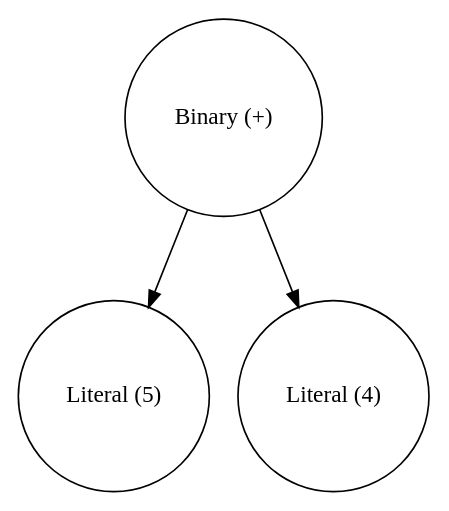
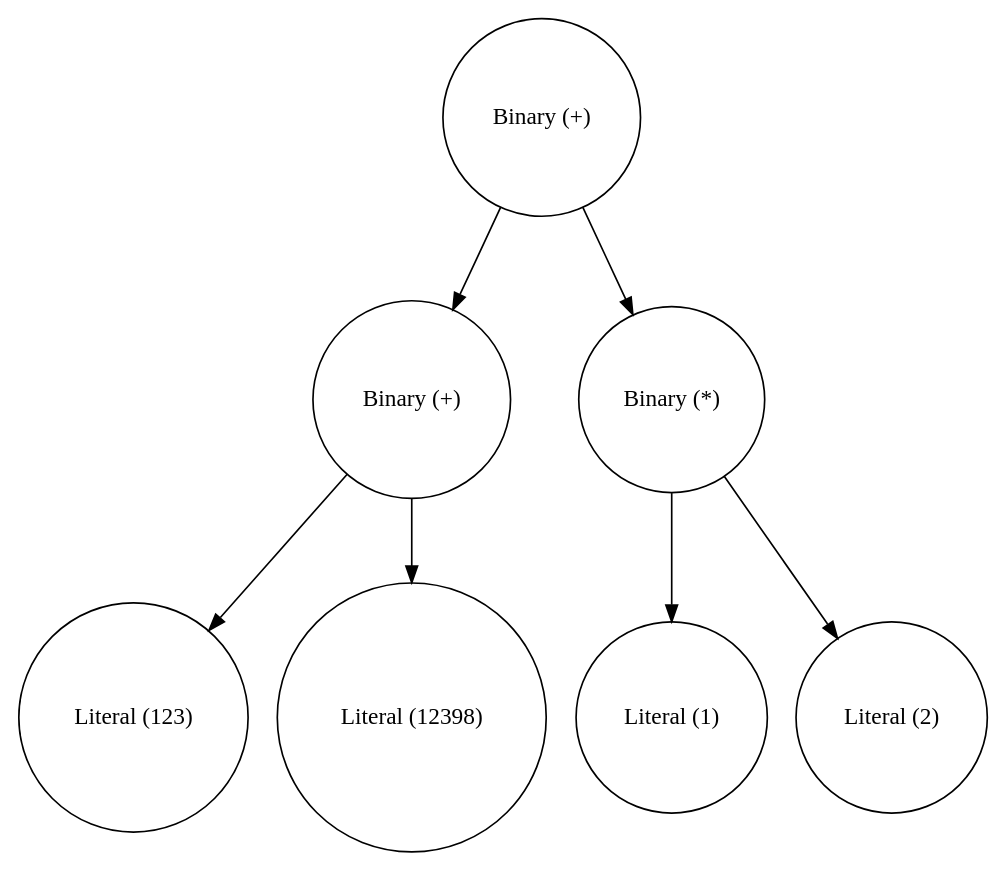
Before and after one commit to chosti34/CompilerCreationTool: the diagram in CompilerCreationTool/CompilerCreationTool/ast.dot, drawn with Graphviz. The commit also changed 8 other files, not shown here.

```diff
--- a/CompilerCreationTool/CompilerCreationTool/ast.dot
+++ b/CompilerCreationTool/CompilerCreationTool/ast.dot
@@ -1,7 +1,15 @@
 digraph {
 0 [shape="circle" label="Binary (+)"];
-1 [shape="circle" label="Literal (5)"];
-2 [shape="circle" label="Literal (4)"];
+1 [shape="circle" label="Binary (+)"];
+2 [shape="circle" label="Literal (123)"];
+3 [shape="circle" label="Literal (12398)"];
+1->2 [label=" "];
+1->3 [label=" "];
+4 [shape="circle" label="Binary (*)"];
+5 [shape="circle" label="Literal (1)"];
+6 [shape="circle" label="Literal (2)"];
+4->5 [label=" "];
+4->6 [label=" "];
 0->1 [label=" "];
-0->2 [label=" "];
+0->4 [label=" "];
 }
```
